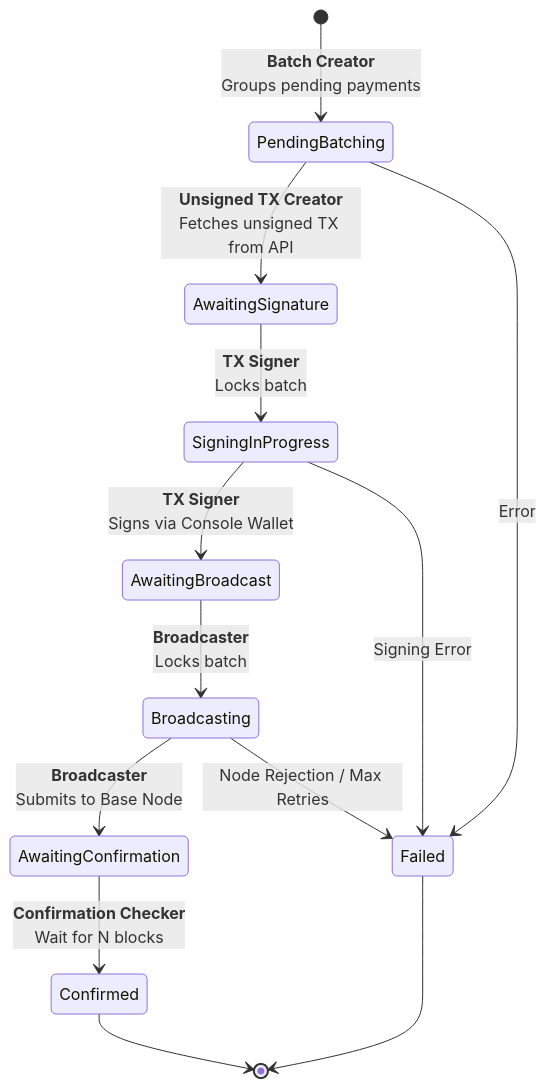
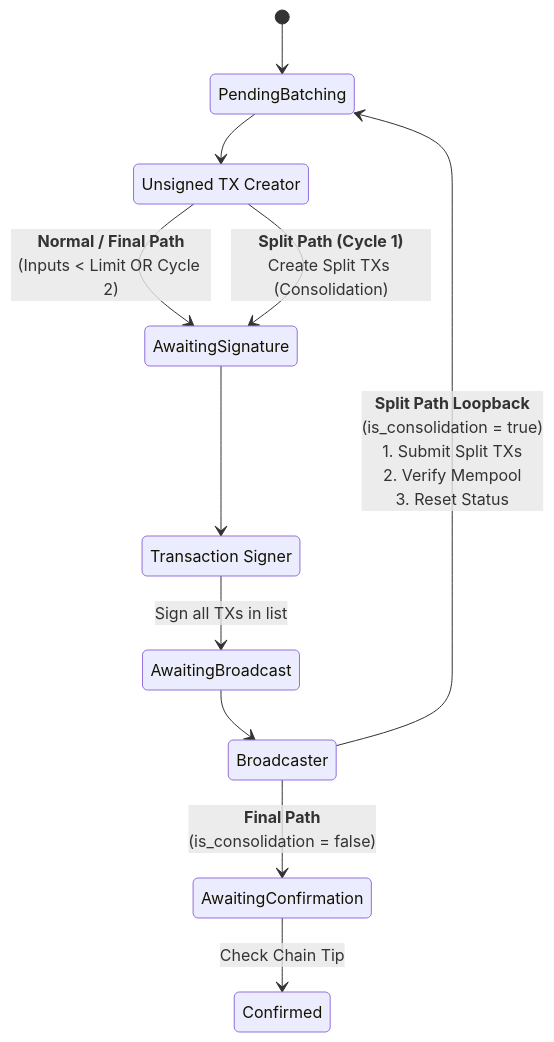
One commit to martinserts/minotari_payment_processor changed the diagram in docs/architecture/payment-batch-lifecycle.md. Above: the diagram before and after it, drawn with Mermaid. The commit also changed 19 other files, not shown here.

````diff
--- a/docs/architecture/payment-batch-lifecycle.md
+++ b/docs/architecture/payment-batch-lifecycle.md
@@ -1,20 +1,24 @@
 ```mermaid
 stateDiagram-v2
-    [*] --> PendingBatching: <b>Batch Creator</b><br/>Groups pending payments
+    [*] --> PendingBatching
+
+    state "Unsigned TX Creator" as UTC
+    state "Transaction Signer" as TS
+    state "Broadcaster" as BC
     
-    PendingBatching --> AwaitingSignature: <b>Unsigned TX Creator</b><br/>Fetches unsigned TX from API
-    PendingBatching --> Failed: Error
+    PendingBatching --> UTC
+    UTC --> AwaitingSignature: <b>Normal / Final Path</b><br/>(Inputs < Limit OR Cycle 2)
     
-    AwaitingSignature --> SigningInProgress: <b>TX Signer</b><br/>Locks batch
-    SigningInProgress --> AwaitingBroadcast: <b>TX Signer</b><br/>Signs via Console Wallet
-    SigningInProgress --> Failed: Signing Error
+    UTC --> AwaitingSignature: <b>Split Path (Cycle 1)</b><br/>Create Split TXs (Consolidation)
     
-    AwaitingBroadcast --> Broadcasting: <b>Broadcaster</b><br/>Locks batch
-    Broadcasting --> AwaitingConfirmation: <b>Broadcaster</b><br/>Submits to Base Node
-    Broadcasting --> Failed: Node Rejection / Max Retries
+    AwaitingSignature --> TS
+    TS --> AwaitingBroadcast: Sign all TXs in list
     
-    AwaitingConfirmation --> Confirmed: <b>Confirmation Checker</b><br/>Wait for N blocks
+    AwaitingBroadcast --> BC
     
-    Confirmed --> [*]
-    Failed --> [*]
+    BC --> AwaitingConfirmation: <b>Final Path</b><br/>(is_consolidation = false)
+    
+    BC --> PendingBatching: <b>Split Path Loopback</b><br/>(is_consolidation = true)<br/>1. Submit Split TXs<br/>2. Verify Mempool<br/>3. Reset Status
+    
+    AwaitingConfirmation --> Confirmed: Check Chain Tip
 ```
````
